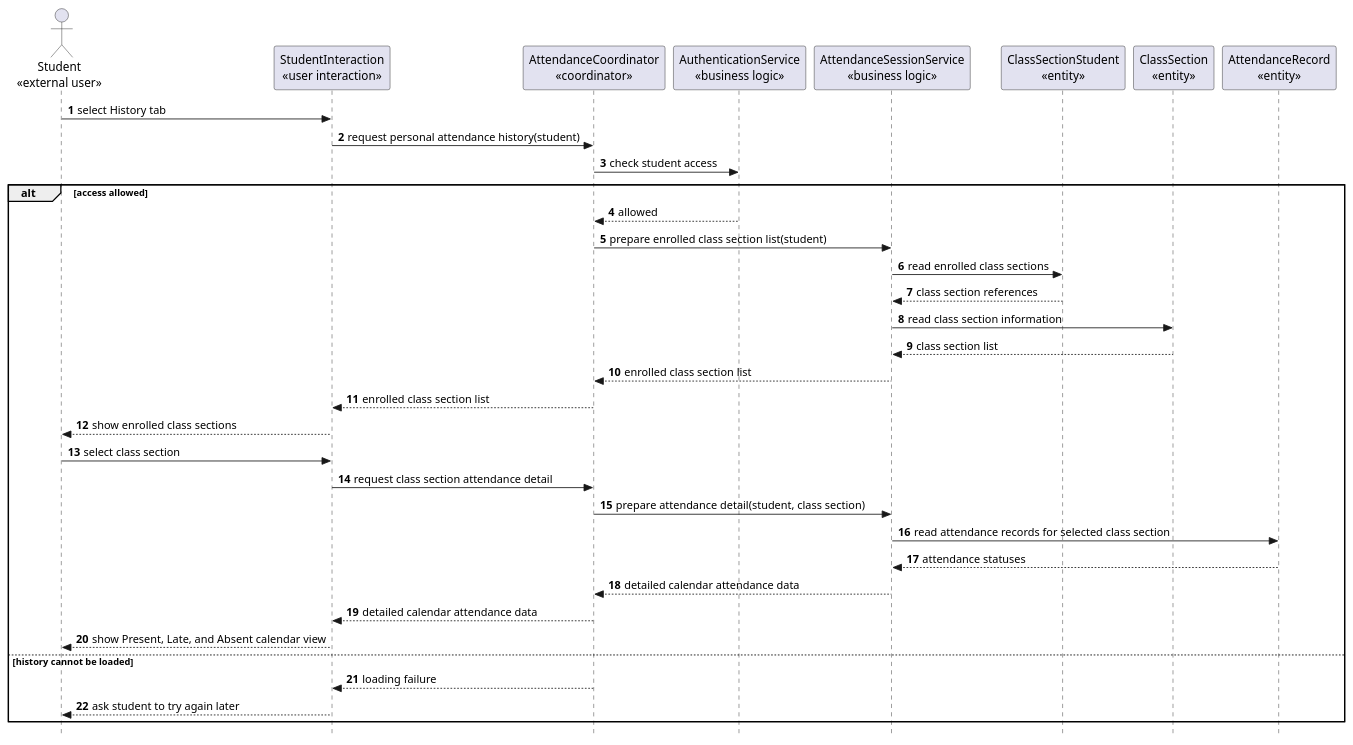
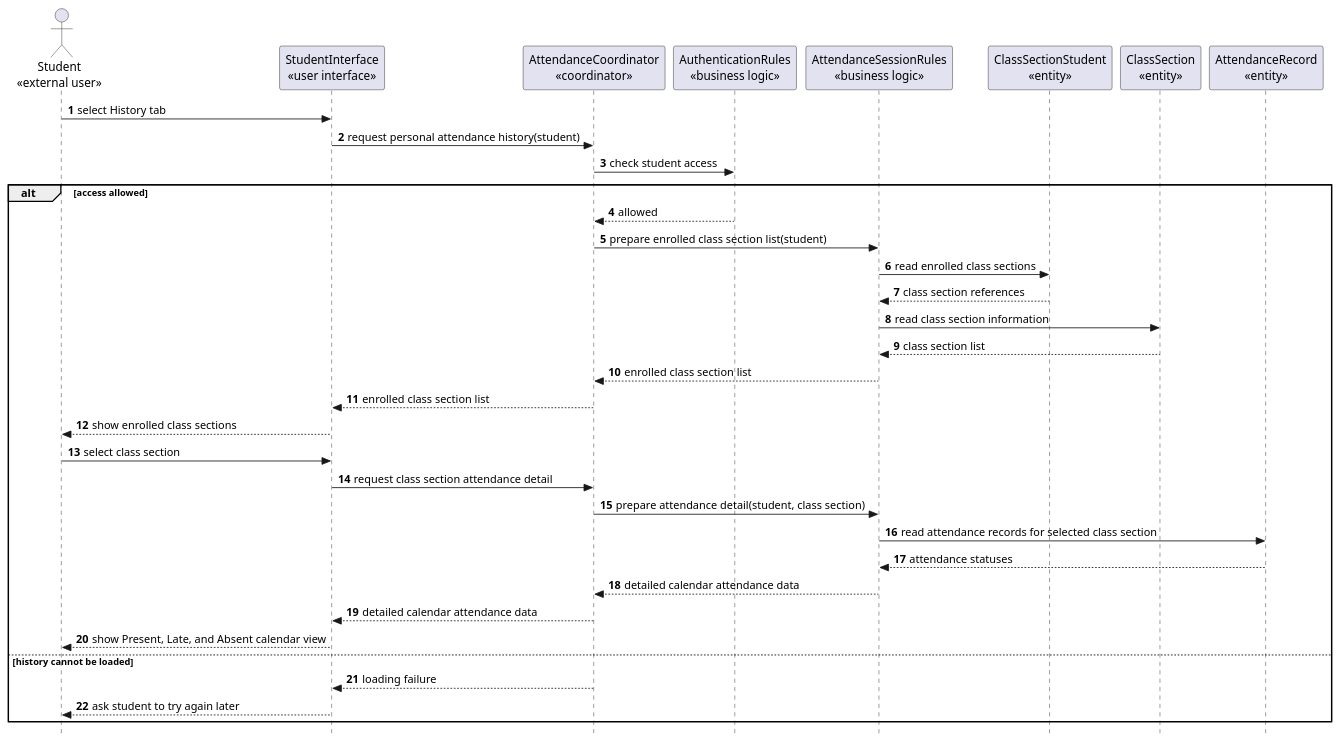
Before and after one commit to nttung42/SWD392: diagram 11 of 26 in docs/rds/2_Analysis.md, drawn with PlantUML. The commit also changed other lines of this file and 1 other file, not shown here.

````diff
--- a/docs/rds/2_Analysis.md
+++ b/docs/rds/2_Analysis.md
@@ -493,41 +493,41 @@
 ```plantuml
 @startuml
 skinparam style strictuml
 autonumber
 actor "Student\n«external user»" as Student
-participant "StudentInteraction\n«user interaction»" as StudentUI
+participant "StudentInterface\n«user interface»" as StudentUI
 participant "AttendanceCoordinator\n«coordinator»" as HistoryControl
-participant "AuthenticationService\n«business logic»" as AuthRules
-participant "AttendanceSessionService\n«business logic»" as HistoryRules
+participant "AuthenticationRules\n«business logic»" as AuthRules
+participant "AttendanceSessionRules\n«business logic»" as HistoryRules
 participant "ClassSectionStudent\n«entity»" as ClassSectionStudent
 participant "ClassSection\n«entity»" as ClassSection
 participant "AttendanceRecord\n«entity»" as AttendanceRecord
 
 Student -> StudentUI : select History tab
 StudentUI -> HistoryControl : request personal attendance history(student)
 HistoryControl -> AuthRules : check student access
 
 alt access allowed
   AuthRules --> HistoryControl : allowed
   HistoryControl -> HistoryRules : prepare enrolled class section list(student)
   HistoryRules -> ClassSectionStudent : read enrolled class sections
   ClassSectionStudent --> HistoryRules : class section references
   HistoryRules -> ClassSection : read class section information
   ClassSection --> HistoryRules : class section list
   HistoryRules --> HistoryControl : enrolled class section list
   HistoryControl --> StudentUI : enrolled class section list
   StudentUI --> Student : show enrolled class sections
   Student -> StudentUI : select class section
   StudentUI -> HistoryControl : request class section attendance detail
   HistoryControl -> HistoryRules : prepare attendance detail(student, class section)
   HistoryRules -> AttendanceRecord : read attendance records for selected class section
   AttendanceRecord --> HistoryRules : attendance statuses
   HistoryRules --> HistoryControl : detailed calendar attendance data
   HistoryControl --> StudentUI : detailed calendar attendance data
   StudentUI --> Student : show Present, Late, and Absent calendar view
 else history cannot be loaded
   HistoryControl --> StudentUI : loading failure
   StudentUI --> Student : ask student to try again later
 end
 @enduml
 ```
````
